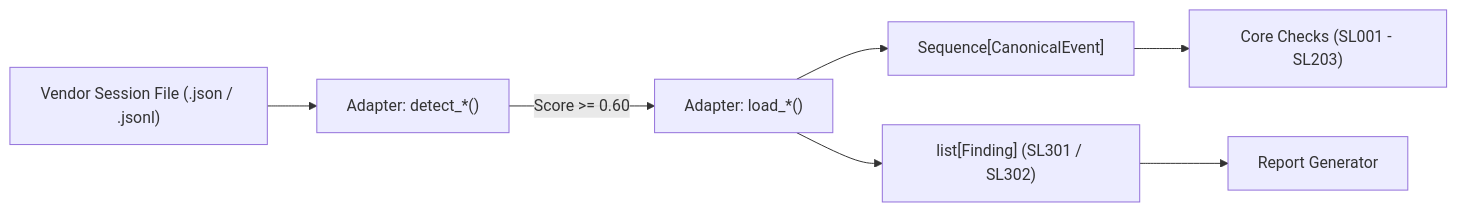
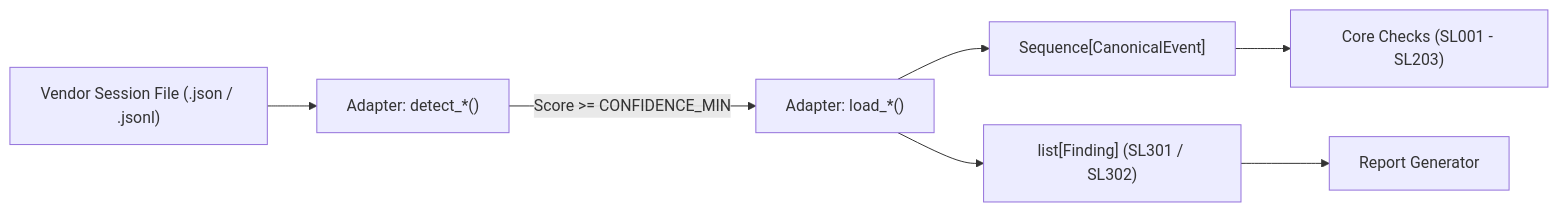
One commit to HPNChanel/sesslint changed the diagram in docs/ADAPTER_GUIDE.md. Above: the diagram before and after it, drawn with Mermaid. The commit also changed other lines of this file and 91 other files, not shown here.

````diff
--- a/docs/ADAPTER_GUIDE.md
+++ b/docs/ADAPTER_GUIDE.md
@@ -11,9 +11,9 @@
 ```mermaid
 flowchart LR
     A["Vendor Session File (.json / .jsonl)"] --> B["Adapter: detect_*()"]
-    B -->|Score >= 0.60| C["Adapter: load_*()"]
+    B -->|Score >= CONFIDENCE_MIN| C["Adapter: load_*()"]
     C --> D["Sequence[CanonicalEvent]"]
     C --> E["list[Finding] (SL301 / SL302)"]
     D --> F["Core Checks (SL001 - SL203)"]
     E --> G["Report Generator"]
 ```
````
